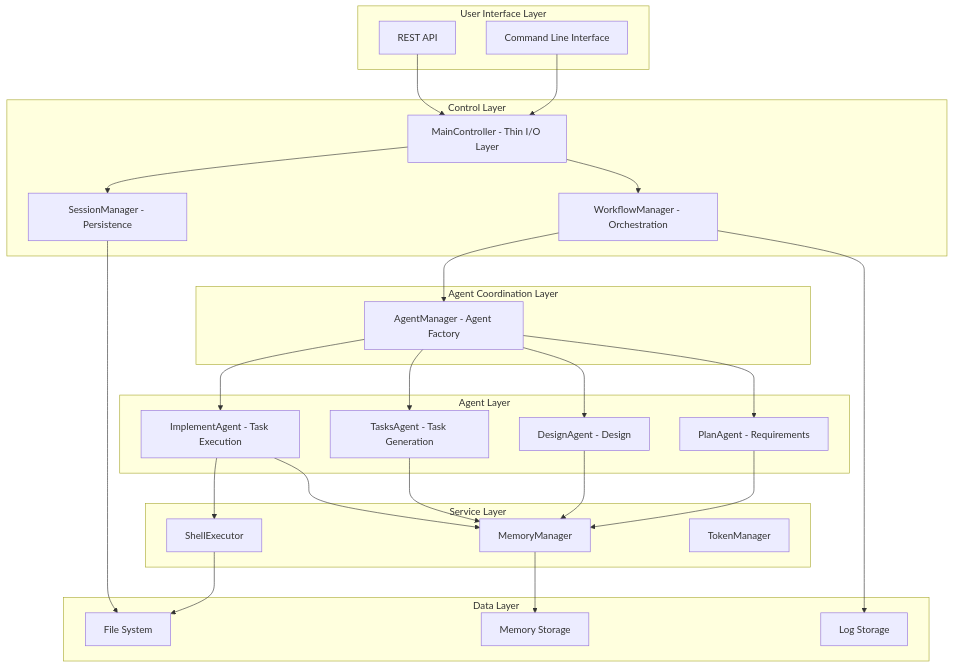
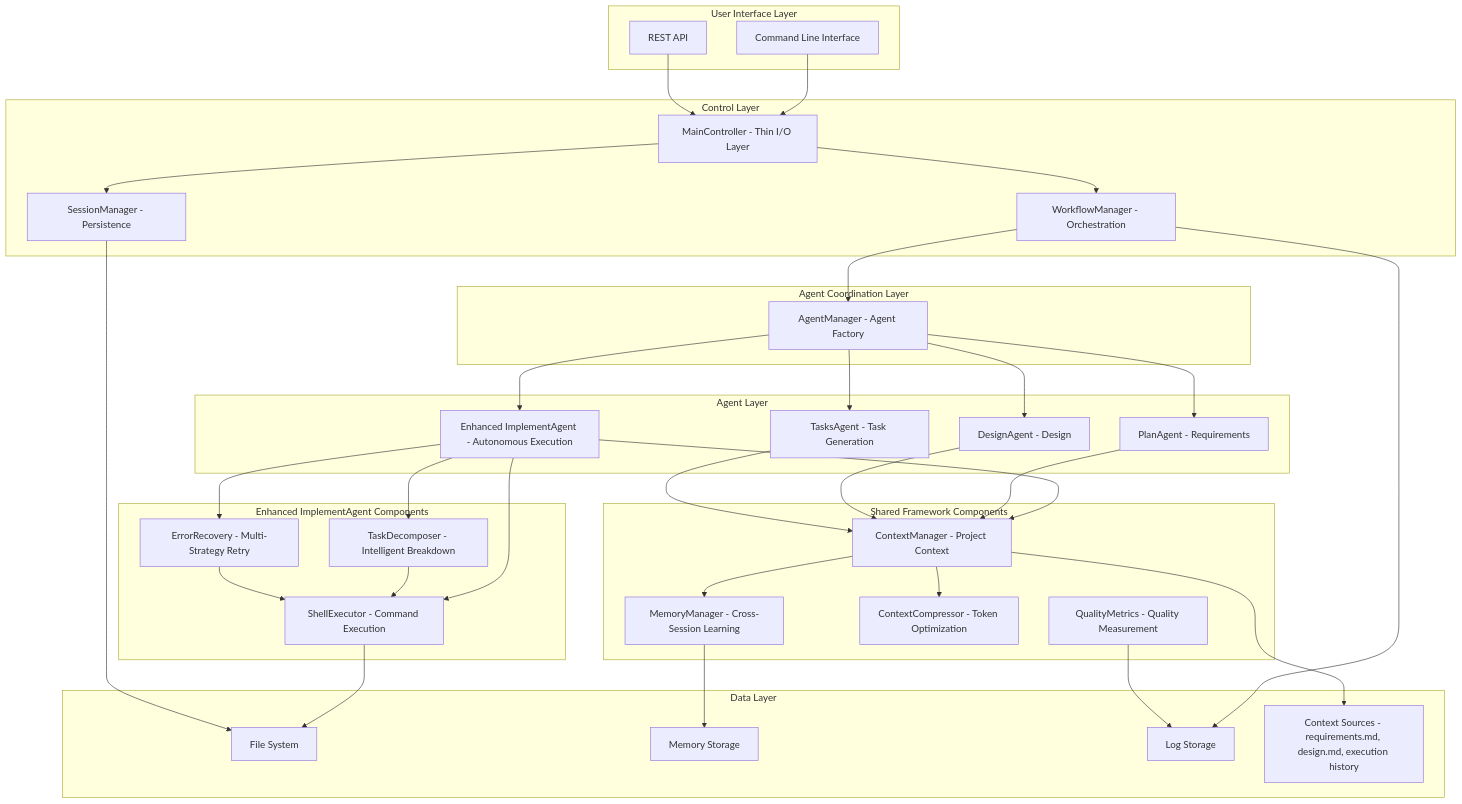
One commit to wirelessr/SpecForge-Agent changed the diagram in autogen_framework/docs/developer-guide.md. Above: the diagram before and after it, drawn with Mermaid. The commit also changed other lines of this file and 9 other files, not shown here.

````diff
--- a/autogen_framework/docs/developer-guide.md
+++ b/autogen_framework/docs/developer-guide.md
@@ -17,55 +17,76 @@
 ```mermaid
 graph TB
     subgraph "User Interface Layer"
         CLI[Command Line Interface]
         API[REST API]
     end
-    
+
     subgraph "Control Layer"
         MC[MainController - Thin I/O Layer]
         WM[WorkflowManager - Orchestration]
         SM[SessionManager - Persistence]
     end
-    
+
     subgraph "Agent Coordination Layer"
         AM[AgentManager - Agent Factory]
     end
-    
+
     subgraph "Agent Layer"
         PA[PlanAgent - Requirements]
         DA[DesignAgent - Design]
         TA[TasksAgent - Task Generation]
-        IA[ImplementAgent - Task Execution]
+        IA[Enhanced ImplementAgent - Autonomous Execution]
     end
-    
-    subgraph "Service Layer"
-        MM[MemoryManager]
-        SE[ShellExecutor]
-        TM[TokenManager]
+
+    subgraph "Enhanced ImplementAgent Components"
+        TD[TaskDecomposer - Intelligent Breakdown]
+        ER[ErrorRecovery - Multi-Strategy Retry]
+        SE[ShellExecutor - Command Execution]
     end
-    
+
+    subgraph "Shared Framework Components"
+        CM[ContextManager - Project Context]
+        MM[MemoryManager - Cross-Session Learning]
+        CC[ContextCompressor - Token Optimization]
+        QM[QualityMetrics - Quality Measurement]
+    end
+
     subgraph "Data Layer"
         FS[File System]
         MEM[Memory Storage]
         LOG[Log Storage]
+        CTX[Context Sources - requirements.md, design.md, execution history]
     end
-    
+
     CLI --> MC
     API --> MC
     MC --> WM
     MC --> SM
     WM --> AM
     AM --> PA
     AM --> DA
     AM --> TA
     AM --> IA
-    PA --> MM
-    DA --> MM
-    TA --> MM
+
+    IA --> TD
+    IA --> ER
     IA --> SE
-    IA --> MM
+    IA --> CM
+
+    PA --> CM
+    DA --> CM
+    TA --> CM
+
+    CM --> MM
+    CM --> CC
+    CM --> CTX
+
+    TD --> SE
+    ER --> SE
+
     MM --> MEM
     SE --> FS
     SM --> FS
     WM --> LOG
+    QM --> LOG
 ```
````
